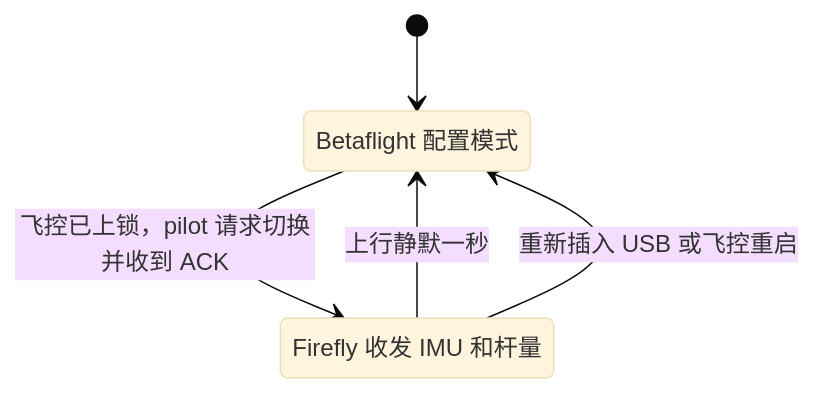
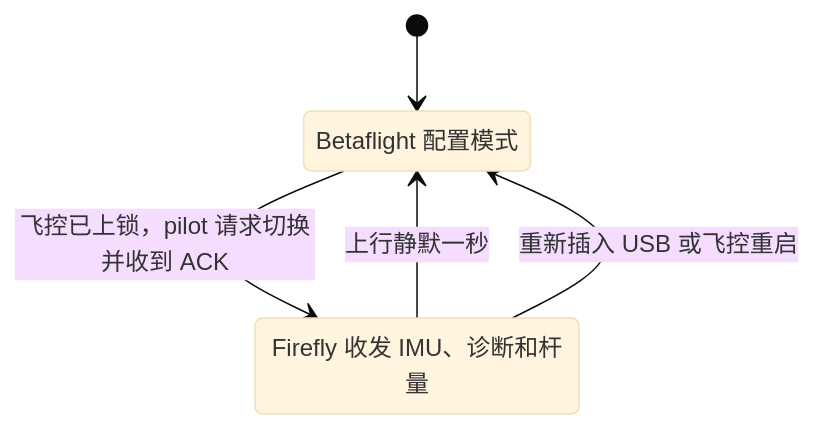
The first of 2 diagrams in docs/architecture.md (3SE-Competitive-Robotics-Team/firefly), drawn with Mermaid (base theme) before and after one commit. The commit also changed other lines of this file and 11 other files, not shown here.

````diff
--- a/docs/architecture.md
+++ b/docs/architecture.md
@@ -17,9 +17,9 @@
 ```mermaid
 stateDiagram-v2
     state "Betaflight 配置模式" as Config
-    state "Firefly 收发 IMU 和杆量" as Firefly
+    state "Firefly 收发 IMU、诊断和杆量" as Firefly
     [*] --> Config
     Config --> Firefly : 飞控已上锁，pilot 请求切换并收到 ACK
     Firefly --> Config : 上行静默一秒
     Firefly --> Config : 重新插入 USB 或飞控重启
 ```
````
